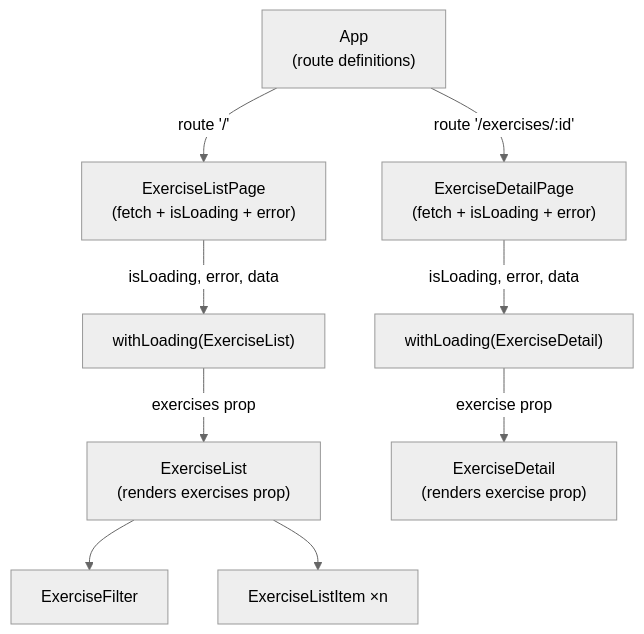
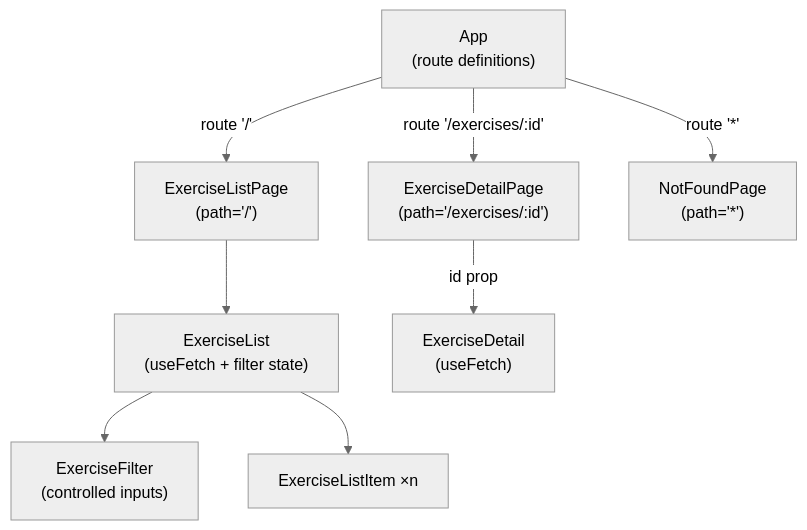
The diagram in README.md (deanvons/tractus-react), drawn with Mermaid (neutral theme) before and after one commit. The commit also changed other lines of this file and 1 other file, not shown here.

````diff
--- a/README.md
+++ b/README.md
@@ -213,21 +218,19 @@
 ```mermaid
 graph TD
   App["App\n(route definitions)"]
-  ListPage["ExerciseListPage\n(fetch + isLoading + error)"]
-  WLList["withLoading(ExerciseList)"]
-  ExList["ExerciseList\n(renders exercises prop)"]
-  ExFilter["ExerciseFilter"]
+  ListPage["ExerciseListPage\n(path='/')"]
+  ExList["ExerciseList\n(useFetch + filter state)"]
+  ExFilter["ExerciseFilter\n(controlled inputs)"]
   ELIn["ExerciseListItem ×n"]
-  DetailPage["ExerciseDetailPage\n(fetch + isLoading + error)"]
-  WLDetail["withLoading(ExerciseDetail)"]
-  ExDetail["ExerciseDetail\n(renders exercise prop)"]
+  DetailPage["ExerciseDetailPage\n(path='/exercises/:id')"]
+  ExDetail["ExerciseDetail\n(useFetch)"]
+  NotFound["NotFoundPage\n(path='*')"]
 
   App -->|"route '/'"| ListPage
   App -->|"route '/exercises/:id'"| DetailPage
-  ListPage -->|"isLoading, error, data"| WLList
-  WLList -->|"exercises prop"| ExList
+  App -->|"route '*'"| NotFound
+  ListPage --> ExList
   ExList --> ExFilter
   ExList --> ELIn
-  DetailPage -->|"isLoading, error, data"| WLDetail
-  WLDetail -->|"exercise prop"| ExDetail
+  DetailPage -->|"id prop"| ExDetail
 ```
````
